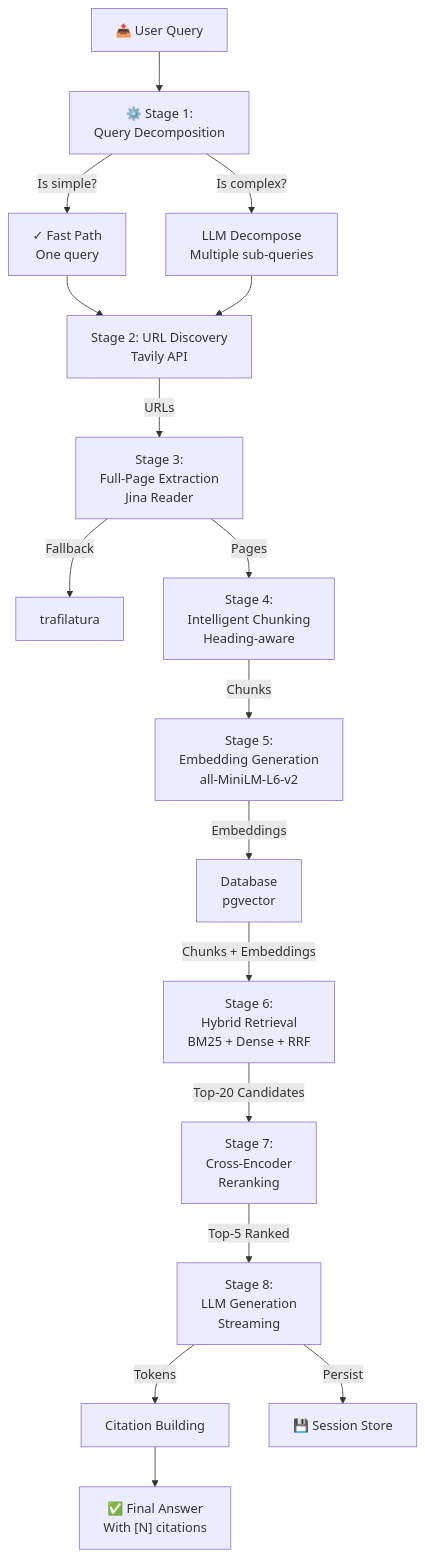
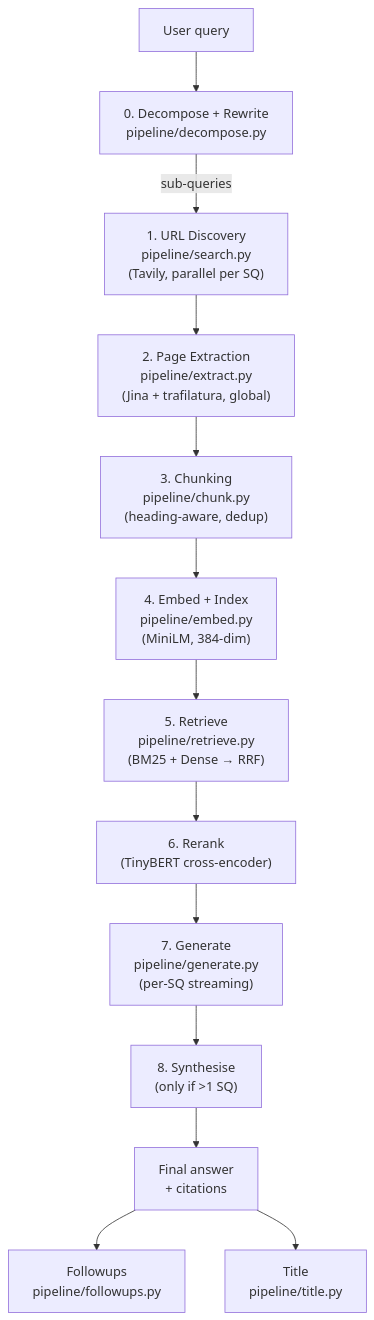
Before and after one commit to swapnil18800/weblens: the second of 3 diagrams in docs/ARCHITECTURE.md, drawn with Mermaid. The commit also changed other lines of this file and 33 other files, not shown here.

First line of the commit message:
Improved ui/ux & data for reasoning trace/preview panel for citations/retrieved data + Improved rag pipeline around decomposition/chunking/retrieval/better formatted answers in final synthesis + Conversations history

````diff
--- a/docs/ARCHITECTURE.md
+++ b/docs/ARCHITECTURE.md
@@ -22,19 +44,15 @@
 ```mermaid
 graph TD
-    A["📤 User Query"] --> B["⚙️ Stage 1:<br/>Query Decomposition"]
-    B -->|Is simple?| C["✓ Fast Path<br/>One query"]
-    B -->|Is complex?| D["LLM Decompose<br/>Multiple sub-queries"]
-    C --> E["Stage 2: URL Discovery<br/>Tavily API"]
-    D --> E
-    E -->|URLs| F["Stage 3:<br/>Full-Page Extraction<br/>Jina Reader"]
-    F -->|Fallback| G["trafilatura"]
-    F -->|Pages| H["Stage 4:<br/>Intelligent Chunking<br/>Heading-aware"]
-    H -->|Chunks| I["Stage 5:<br/>Embedding Generation<br/>all-MiniLM-L6-v2"]
-    I -->|Embeddings| J["Database<br/>pgvector"]
-    J -->|Chunks + Embeddings| K["Stage 6:<br/>Hybrid Retrieval<br/>BM25 + Dense + RRF"]
-    K -->|Top-20 Candidates| L["Stage 7:<br/>Cross-Encoder<br/>Reranking"]
-    L -->|Top-5 Ranked| M["Stage 8:<br/>LLM Generation<br/>Streaming"]
-    M -->|Tokens| N["Citation Building"]
-    N --> O["✅ Final Answer<br/>With [N] citations"]
-    M -->|Persist| P["💾 Session Store"]
+    Q["User query"] --> S0["0. Decompose + Rewrite<br/>pipeline/decompose.py"]
+    S0 -->|sub-queries| S1["1. URL Discovery<br/>pipeline/search.py<br/>(Tavily, parallel per SQ)"]
+    S1 --> S2["2. Page Extraction<br/>pipeline/extract.py<br/>(Jina + trafilatura, global)"]
+    S2 --> S3["3. Chunking<br/>pipeline/chunk.py<br/>(heading-aware, dedup)"]
+    S3 --> S4["4. Embed + Index<br/>pipeline/embed.py<br/>(MiniLM, 384-dim)"]
+    S4 --> S5["5. Retrieve<br/>pipeline/retrieve.py<br/>(BM25 + Dense → RRF)"]
+    S5 --> S6["6. Rerank<br/>(TinyBERT cross-encoder)"]
+    S6 --> S7["7. Generate<br/>pipeline/generate.py<br/>(per-SQ streaming)"]
+    S7 --> S8["8. Synthesise<br/>(only if >1 SQ)"]
+    S8 --> A["Final answer<br/>+ citations"]
+    A --> FU["Followups<br/>pipeline/followups.py"]
+    A --> T["Title<br/>pipeline/title.py"]
 ```
````
